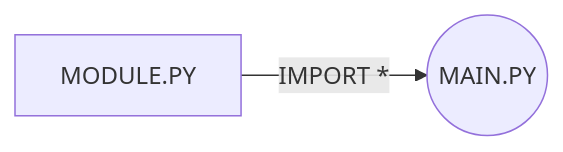
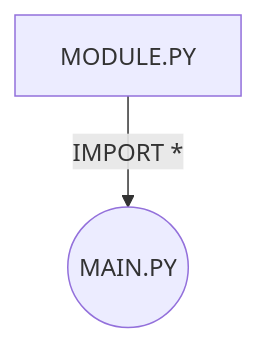
One commit to spxcexx/2306 changed the diagram in readme.md. Above: the diagram before and after it, drawn with Mermaid.

````diff
--- a/readme.md
+++ b/readme.md
@@ -2,4 +2,4 @@
 ```mermaid
-graph LR
+graph TD
 A[MODULE.PY] -- IMPORT * --> B((MAIN.PY))
 ```
````
